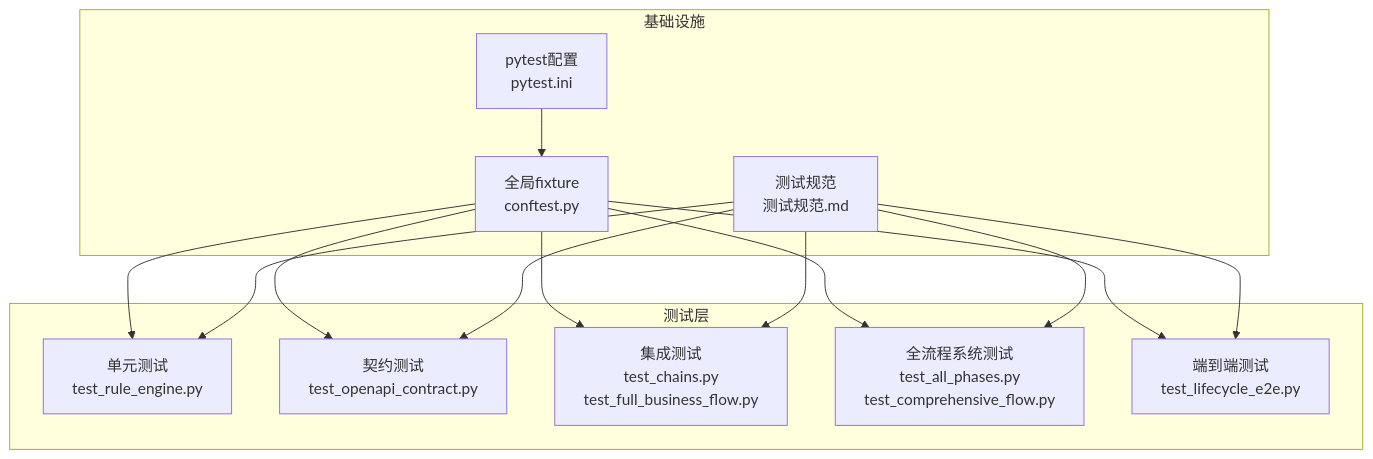
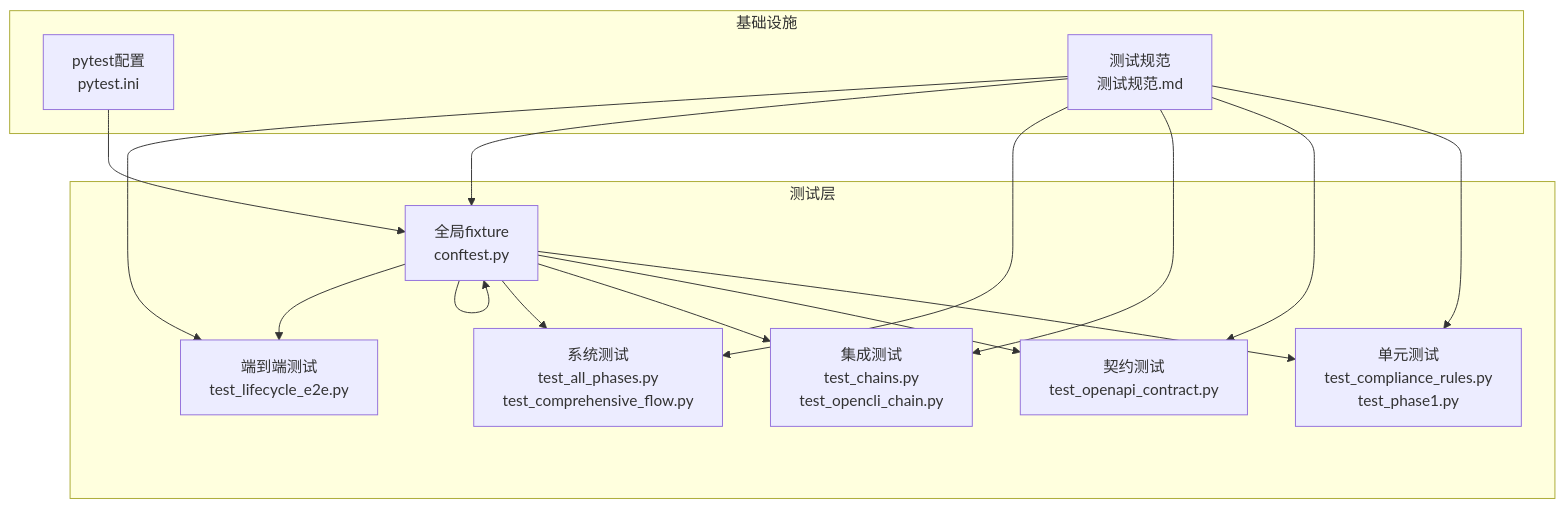
The first of 5 diagrams in .qoder/repowiki/zh/content/测试策略/测试策略.md (angledick/-), drawn with Mermaid before and after one commit. The commit also changed other lines of this file and 770 other files, not shown here.

````diff
--- a/.qoder/repowiki/zh/content/测试策略/测试策略.md
+++ b/.qoder/repowiki/zh/content/测试策略/测试策略.md
@@ -213,26 +55,29 @@
 ```mermaid
 graph TB
 subgraph "测试层"
-U["单元测试<br/>test_rule_engine.py"]
+U["单元测试<br/>test_compliance_rules.py<br/>test_phase1.py"]
 C["契约测试<br/>test_openapi_contract.py"]
-I["集成测试<br/>test_chains.py<br/>test_full_business_flow.py"]
-L["全流程系统测试<br/>test_all_phases.py<br/>test_comprehensive_flow.py"]
+I["集成测试<br/>test_chains.py<br/>test_opencli_chain.py"]
+S["系统测试<br/>test_all_phases.py<br/>test_comprehensive_flow.py"]
+F["全流程测试<br/>test_full_business_flow.py"]
 E["端到端测试<br/>test_lifecycle_e2e.py"]
 end
 subgraph "基础设施"
 F["全局fixture<br/>conftest.py"]
 P["pytest配置<br/>pytest.ini"]
-S["测试规范<br/>测试规范.md"]
+N["测试规范<br/>测试规范.md"]
 end
 F --> U
 F --> C
 F --> I
-F --> L
+F --> S
+F --> F
 F --> E
 P --> F
-S --> U
-S --> C
-S --> I
-S --> L
-S --> E
+N --> U
+N --> C
+N --> I
+N --> S
+N --> F
+N --> E
 ```
````
